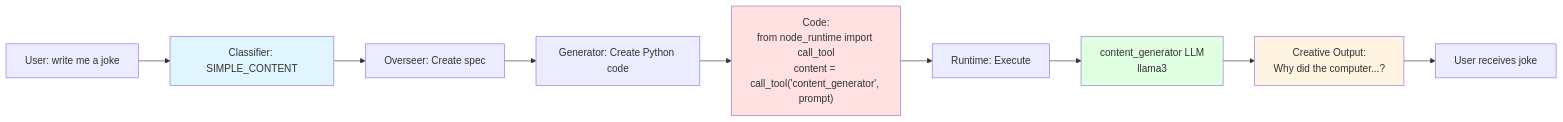
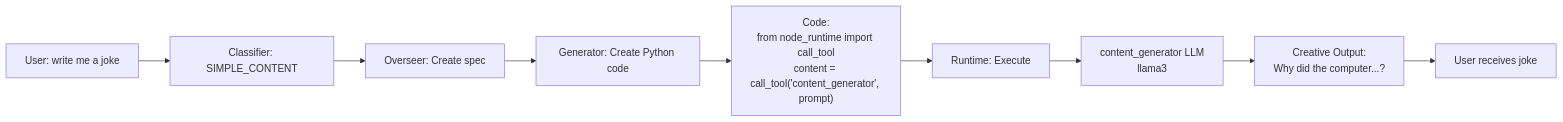
Before and after one commit to scottgal/mostlylucid.dse: the third of 7 diagrams in README.md, drawn with Mermaid. The commit also changed other lines of this file and 1 other file, not shown here.

````diff
--- a/README.md
+++ b/README.md
@@ -162,16 +158,12 @@
 ```mermaid
 graph LR
     A[User: write me a joke] --> B[Classifier: SIMPLE_CONTENT]
     B --> C[Overseer: Create spec]
     C --> D[Generator: Create Python code]
     D --> E["Code:<br/>from node_runtime import call_tool<br/>content = call_tool('content_generator', prompt)"]
     E --> F[Runtime: Execute]
     F --> G[content_generator LLM<br/>llama3]
     G --> H[Creative Output:<br/>Why did the computer...?]
     H --> I[User receives joke]
 
-    style B fill:#e1f5ff
-    style E fill:#ffe1e1
-    style G fill:#e1ffe1
-    style H fill:#fff3e1
 ```
````
